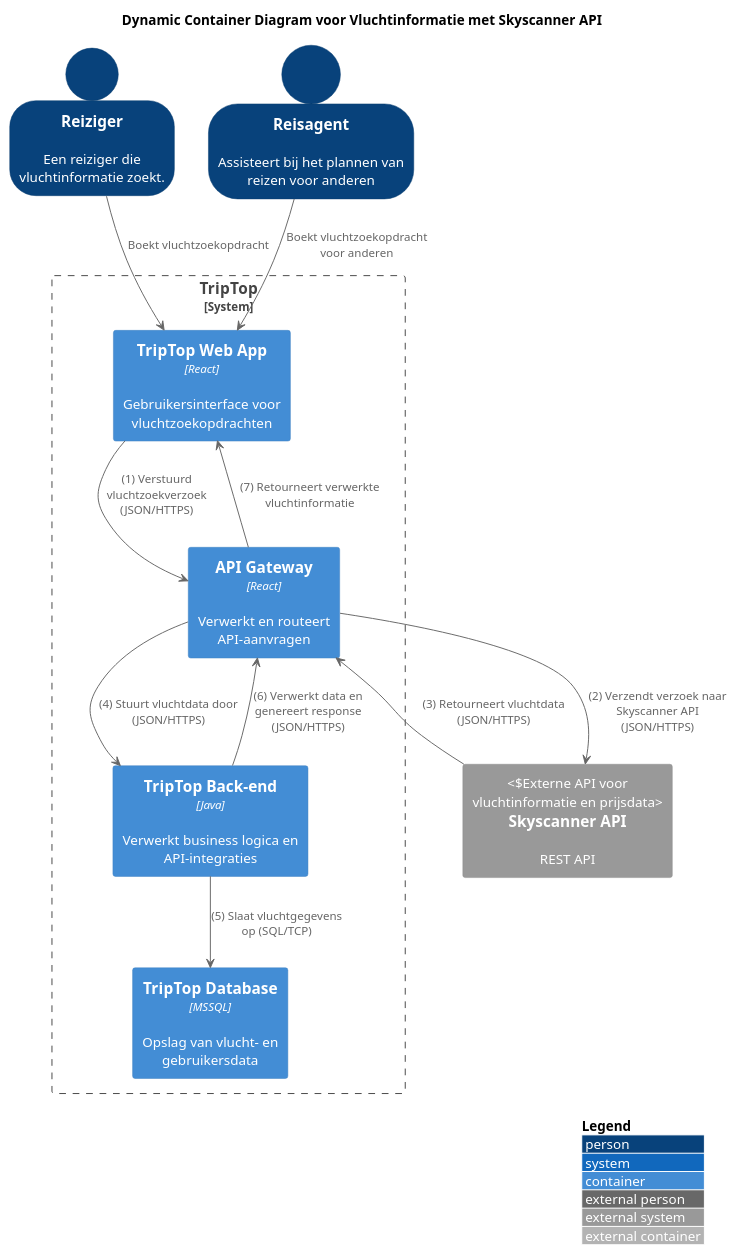
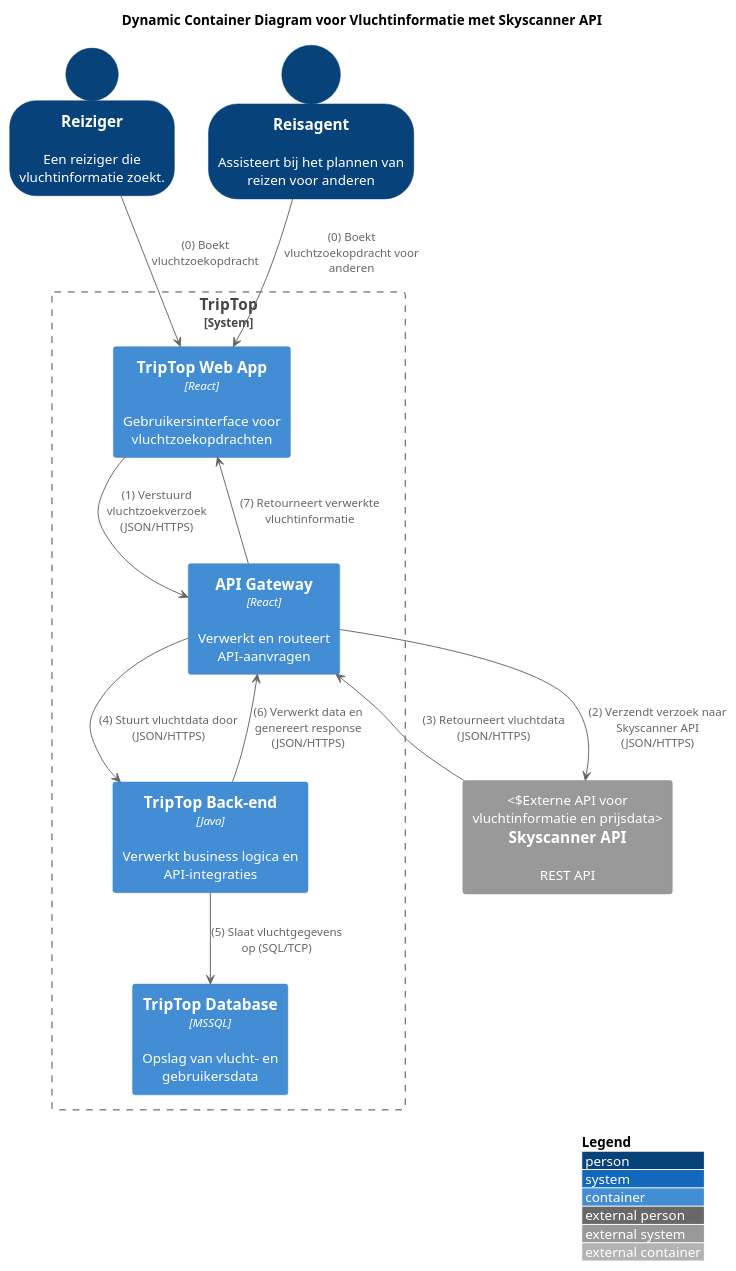
The diagram in huiswerkJae/V1-dynamicContainerSkyScannerApi.plantuml (AIM-ENE-feb25/triptop-jrn), drawn with PlantUML before and after one commit. The commit also changed 1 other file, not shown here.

Commit message:
0 nummer toegevoegd aan eerste initiatie in dynamische diagram
ingevoerd na Bart's Feedback dat dat ook een stap is om te nummeren.

```diff
--- a/huiswerkJae/V1-dynamicContainerSkyScannerApi.plantuml
+++ b/huiswerkJae/V1-dynamicContainerSkyScannerApi.plantuml
@@ -1,37 +1,37 @@
 @startuml
 !include https://raw.githubusercontent.com/plantuml-stdlib/C4-PlantUML/master/C4_Context.puml
 !include <C4/C4_Container>
 
 title Dynamic Container Diagram voor Vluchtinformatie met Skyscanner API
 
 LAYOUT_WITH_LEGEND()
 SHOW_PERSON_OUTLINE()
 
 ' Personen bovenaan
 Person(Reiziger, "Reiziger", "Een reiziger die vluchtinformatie zoekt.")
 Person(Reisagent, "Reisagent", "Assisteert bij het plannen van reizen voor anderen")
 
 ' TripTop system boundary in het midden
 System_Boundary(triptop_core, "TripTop") {
     Container(ui, "TripTop Web App", "React", "Gebruikersinterface voor vluchtzoekopdrachten")
     Container(gateway, "API Gateway", "React", "Verwerkt en routeert API-aanvragen")
     Container(backend, "TripTop Back-end", "Java", "Verwerkt business logica en API-integraties")
     Container(db, "TripTop Database", "MSSQL", "Opslag van vlucht- en gebruikersdata")
 }
 
 ' Externe systemen onderaan
 System_Ext(skyscanner, "Skyscanner API", "REST API", "Externe API voor vluchtinformatie en prijsdata")
 
 ' Dynamische interacties met genummerde stappen
-Reiziger --> ui : Boekt vluchtzoekopdracht
-Reisagent --> ui : Boekt vluchtzoekopdracht voor anderen
+Reiziger --> ui : (0) Boekt vluchtzoekopdracht
+Reisagent --> ui : (0) Boekt vluchtzoekopdracht voor anderen
 
 ui --> gateway : (1) Verstuurd vluchtzoekverzoek (JSON/HTTPS)
 gateway --> skyscanner : (2) Verzendt verzoek naar Skyscanner API (JSON/HTTPS)
 skyscanner --> gateway : (3) Retourneert vluchtdata (JSON/HTTPS)
 gateway --> backend : (4) Stuurt vluchtdata door (JSON/HTTPS)
 backend --> db : (5) Slaat vluchtgegevens op (SQL/TCP)
 backend --> gateway : (6) Verwerkt data en genereert response (JSON/HTTPS)
 gateway --> ui : (7) Retourneert verwerkte vluchtinformatie
 
 @enduml
```
